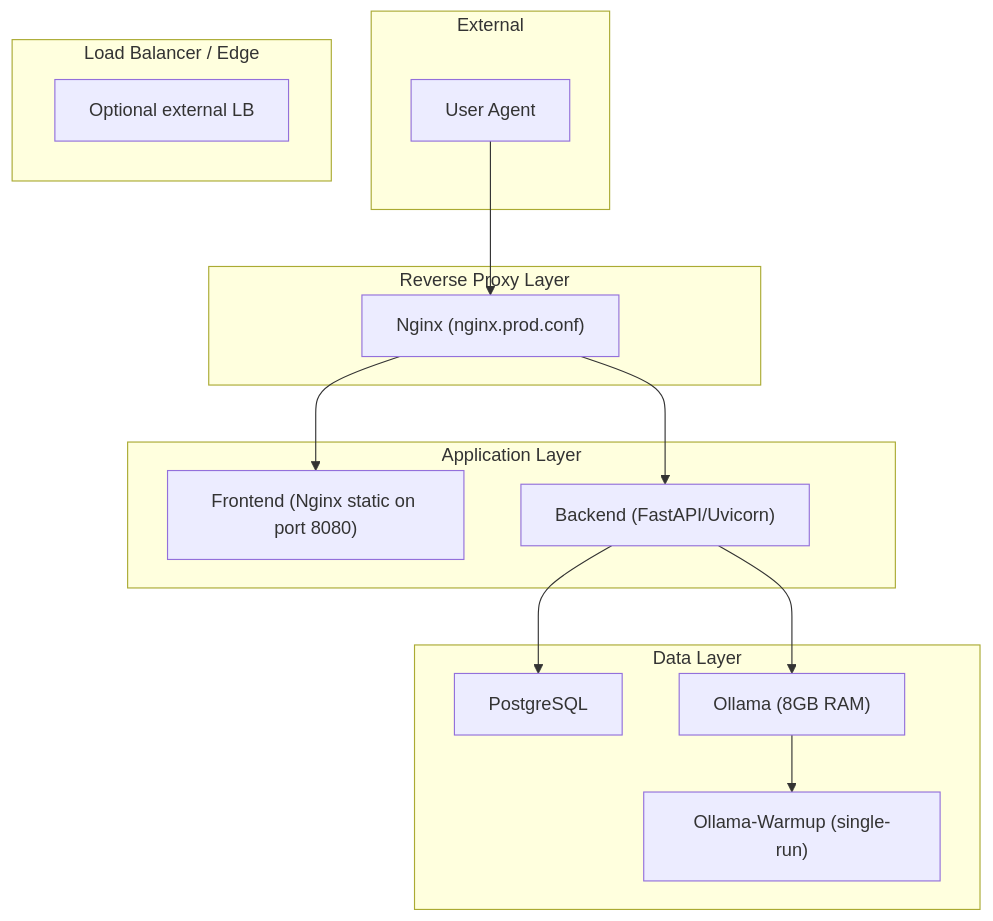
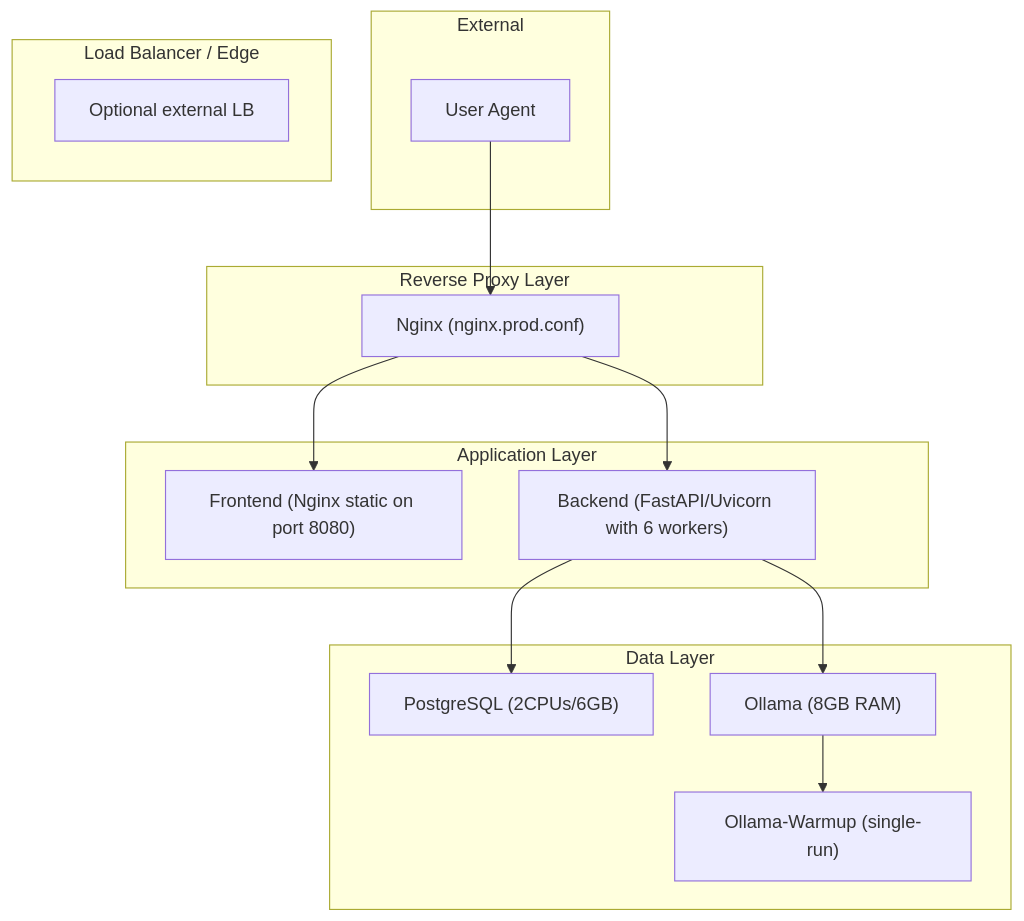
The second of 5 diagrams in .qoder/repowiki/en/content/Deployment & DevOps/Production Deployment.md (Revanththetalogics/aireume), drawn with Mermaid before and after one commit. The commit also changed other lines of this file and 6 other files, not shown here.

````diff
--- a/.qoder/repowiki/en/content/Deployment & DevOps/Production Deployment.md
+++ b/.qoder/repowiki/en/content/Deployment & DevOps/Production Deployment.md
@@ -135,27 +139,27 @@
 ```mermaid
 graph TB
 subgraph "External"
 U["User Agent"]
 end
 subgraph "Load Balancer / Edge"
 LB["Optional external LB"]
 end
 subgraph "Reverse Proxy Layer"
 NX["Nginx (nginx.prod.conf)"]
 end
 subgraph "Application Layer"
 FE["Frontend (Nginx static on port 8080)"]
-BE["Backend (FastAPI/Uvicorn)"]
+BE["Backend (FastAPI/Uvicorn with 6 workers)"]
 end
 subgraph "Data Layer"
-PG["PostgreSQL"]
+PG["PostgreSQL (2CPUs/6GB)"]
 OL["Ollama (8GB RAM)"]
 WU["Ollama-Warmup (single-run)"]
 end
 U --> NX
 NX --> FE
 NX --> BE
 BE --> PG
 BE --> OL
 OL --> WU
 ```
````
